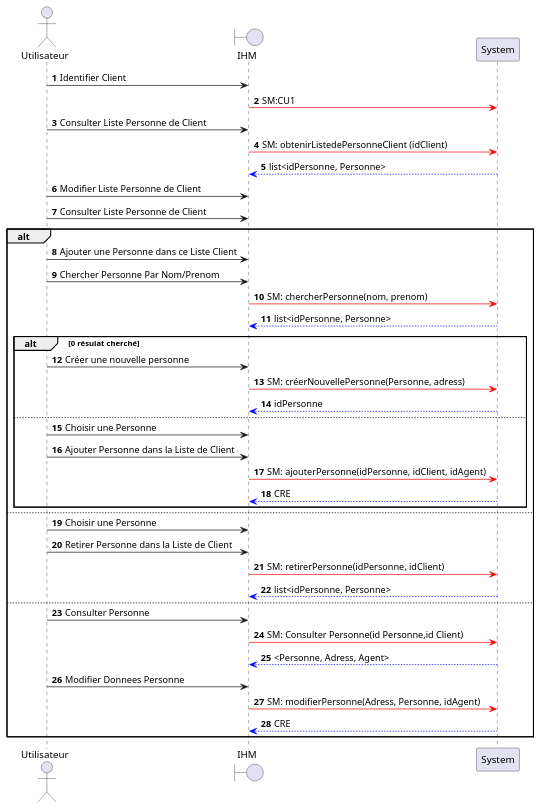
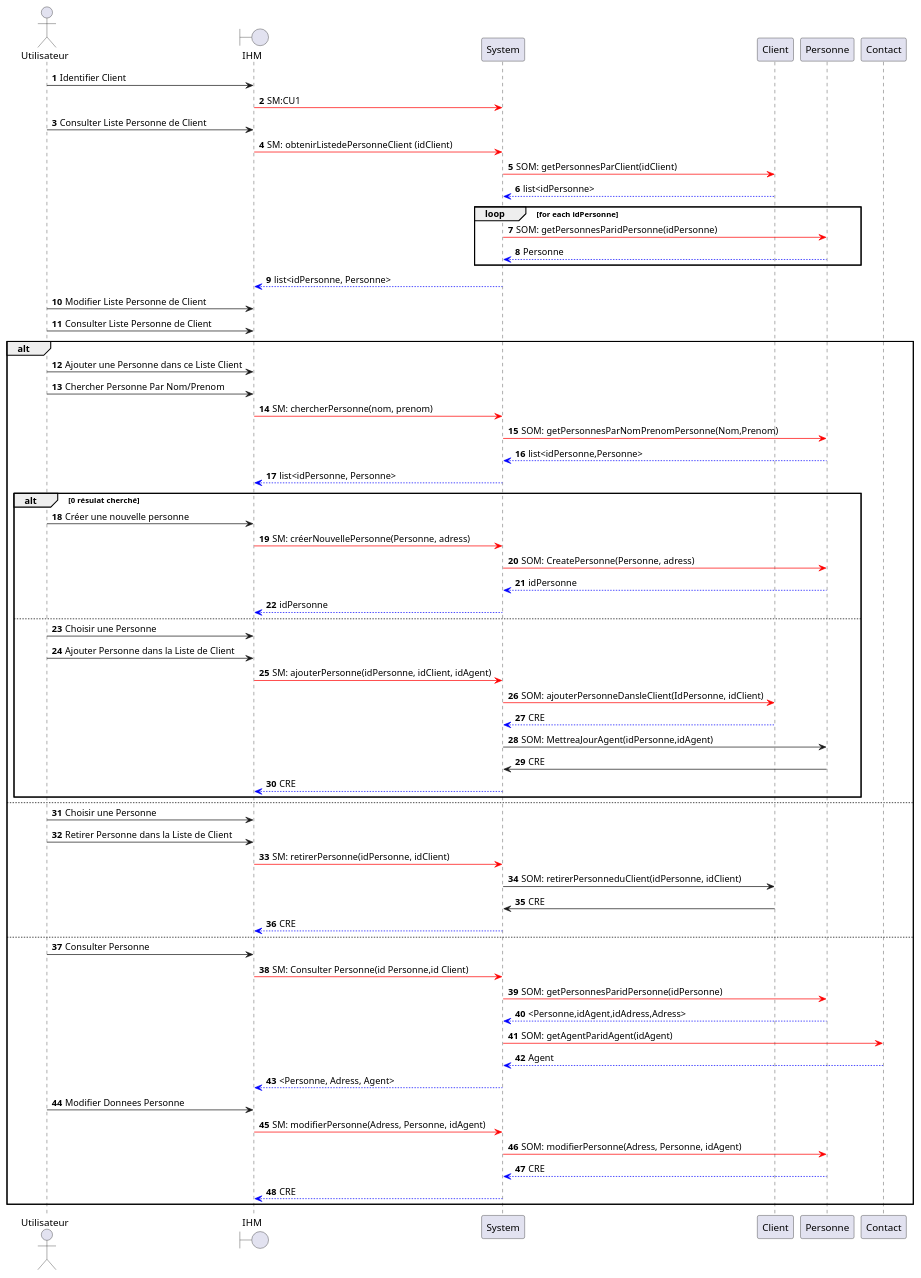
One commit to HZjiadong/PLD-MARS changed the diagram in src/documentation/CU2-DSD.puml. Above: the diagram before and after it, drawn with PlantUML. The commit also changed 1 other file, not shown here.

```diff
--- a/src/documentation/CU2-DSD.puml
+++ b/src/documentation/CU2-DSD.puml
@@ -1,51 +1,76 @@
 @startuml
 
 actor Utilisateur as U
 boundary IHM as I
 participant System as S
+participant Client as C
+participant Personne as P
+participant Contact as Con
 
 '在personne和Contact之间添加一个association 来储存最后一个modifier/ajouter 的Contact的Id
 autonumber
 
 U->I: Identifier Client
     I-[#red]>S: SM:CU1
 
 U->I: Consulter Liste Personne de Client
     I-[#red]>S: SM: obtenirListedePersonneClient (idClient)
+        S-[#red]>C: SOM: getPersonnesParClient(idClient)
+        C-[#0000FF]->S: list<idPersonne>
+        loop for each idPersonne
+        S-[#red]>P: SOM: getPersonnesParidPersonne(idPersonne)
+        P-[#0000FF]->S: Personne
+        end
 
     S-[#0000FF]->I: list<idPersonne, Personne>
 
 
 U->I: Modifier Liste Personne de Client
 U->I: Consulter Liste Personne de Client
 alt
     U->I: Ajouter une Personne dans ce Liste Client
 
     U->I: Chercher Personne Par Nom/Prenom
         I-[#red]>S: SM: chercherPersonne(nom, prenom)
+            S-[#red]>P: SOM: getPersonnesParNomPrenomPersonne(Nom,Prenom)
+            P-[#0000FF]->S: list<idPersonne,Personne>
         S-[#0000FF]->I: list<idPersonne, Personne>
     alt  0 résulat cherché
     U->I: Créer une nouvelle personne
         I-[#red]>S: SM: créerNouvellePersonne(Personne, adress)
+                S-[#red]>P: SOM: CreatePersonne(Personne, adress)
+                P-[#0000FF]->S: idPersonne
         S-[#0000FF]->I: idPersonne
     else
     U->I: Choisir une Personne
 
     U->I: Ajouter Personne dans la Liste de Client
         I-[#red]>S: SM: ajouterPersonne(idPersonne, idClient, idAgent)
+            S-[#red]>C: SOM: ajouterPersonneDansleClient(IdPersonne, idClient)
+            C-[#0000FF]->S: CRE
+            S->P: SOM: MettreaJourAgent(idPersonne,idAgent)
+            P->S: CRE
         S-[#0000FF]->I: CRE
     end
 else
     U->I: Choisir une Personne
     U->I: Retirer Personne dans la Liste de Client
         I-[#red]>S: SM: retirerPersonne(idPersonne, idClient)
-        S-[#0000FF]->I: list<idPersonne, Personne>
+            S->C: SOM: retirerPersonneduClient(idPersonne, idClient)
+            C->S: CRE
+        S-[#0000FF]->I: CRE
 else
     U->I: Consulter Personne
         I-[#red]>S: SM: Consulter Personne(id Personne,id Client)
+            S-[#red]>P: SOM: getPersonnesParidPersonne(idPersonne)
+            P-[#0000FF]->S: <Personne,idAgent,idAdress,Adress>
+            S-[#red]>Con: SOM: getAgentParidAgent(idAgent)
+            Con-[#0000FF]->S: Agent
         S-[#0000FF]->I: <Personne, Adress, Agent>
     U->I: Modifier Donnees Personne
         I-[#red]>S: SM: modifierPersonne(Adress, Personne, idAgent)
+            S-[#red]>P: SOM: modifierPersonne(Adress, Personne, idAgent)
+            P-[#0000FF]->S: CRE
         S-[#0000FF]->I: CRE
 end
 @enduml
```
